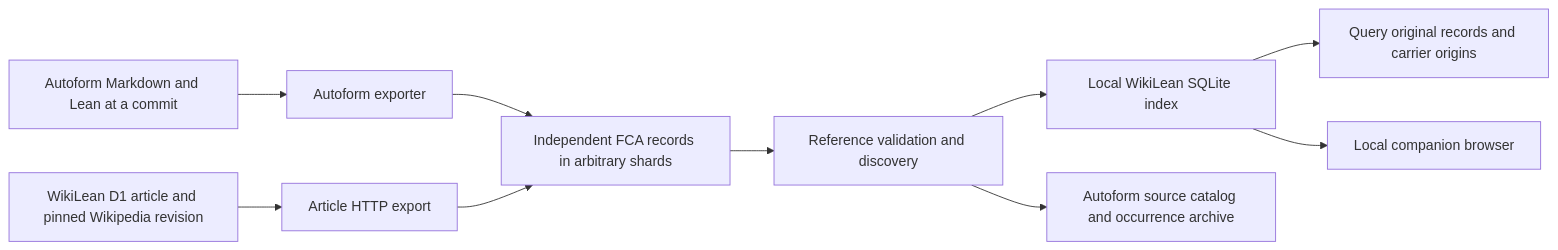
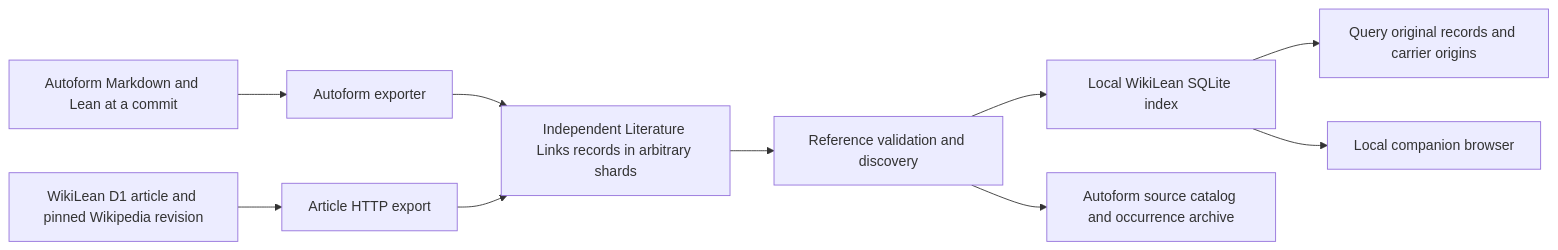
The diagram in docs/COMPANION-INTEGRATION.md (Deicyde/WikiLean), drawn with Mermaid before and after one commit. The commit also changed other lines of this file and 30 other files, not shown here.

First line of the commit message:
Vendor Literature Links 3ad716a and rename the format references

````diff
--- a/docs/COMPANION-INTEGRATION.md
+++ b/docs/COMPANION-INTEGRATION.md
@@ -17,12 +17,12 @@
 ```mermaid
 flowchart LR
   A[Autoform Markdown and Lean at a commit] --> E[Autoform exporter]
   W[WikiLean D1 article and pinned Wikipedia revision] --> H[Article HTTP export]
-  E --> S[Independent FCA records in arbitrary shards]
+  E --> S[Independent Literature Links records in arbitrary shards]
   H --> S
   S --> V[Reference validation and discovery]
   V --> Q[Local WikiLean SQLite index]
   Q --> R[Query original records and carrier origins]
   Q --> B[Local companion browser]
   V --> C[Autoform source catalog and occurrence archive]
 ```
````
